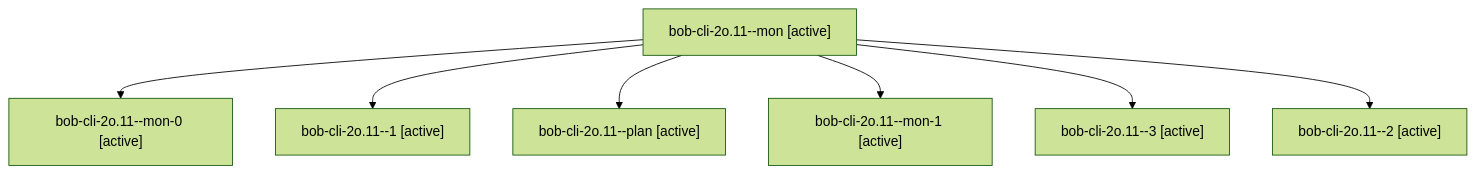
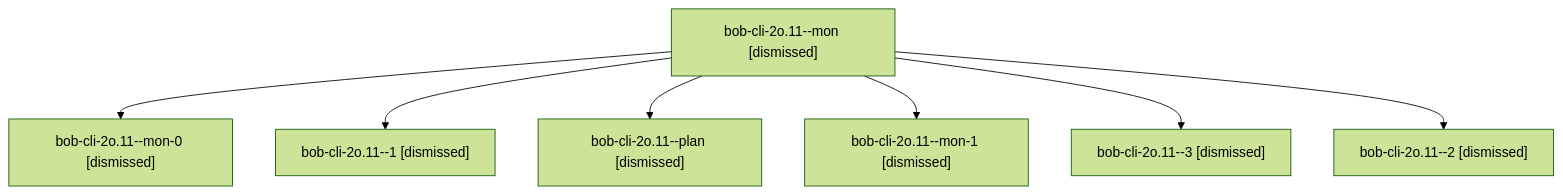
Before and after one commit to bobs-org/bob-cli--agents: the diagram in sessions/bbugyi200.apollo.bob-cli-2o.11.md, drawn with Mermaid (forest theme). The commit also changed other lines of this file and 135 other files, not shown here.

````diff
--- a/sessions/bbugyi200.apollo.bob-cli-2o.11.md
+++ b/sessions/bbugyi200.apollo.bob-cli-2o.11.md
@@ -9,16 +9,16 @@
 ```mermaid
 flowchart TD
-  n0["bob-cli-2o.11--mon [active]"]
-  n1["bob-cli-2o.11--mon-0 [active]"]
+  n0["bob-cli-2o.11--mon [dismissed]"]
+  n1["bob-cli-2o.11--mon-0 [dismissed]"]
   n0 --> n1
-  n2["bob-cli-2o.11--1 [active]"]
+  n2["bob-cli-2o.11--1 [dismissed]"]
   n0 --> n2
-  n3["bob-cli-2o.11--plan [active]"]
+  n3["bob-cli-2o.11--plan [dismissed]"]
   n0 --> n3
-  n4["bob-cli-2o.11--mon-1 [active]"]
+  n4["bob-cli-2o.11--mon-1 [dismissed]"]
   n0 --> n4
-  n5["bob-cli-2o.11--3 [active]"]
+  n5["bob-cli-2o.11--3 [dismissed]"]
   n0 --> n5
-  n6["bob-cli-2o.11--2 [active]"]
+  n6["bob-cli-2o.11--2 [dismissed]"]
   n0 --> n6
 ```
````
